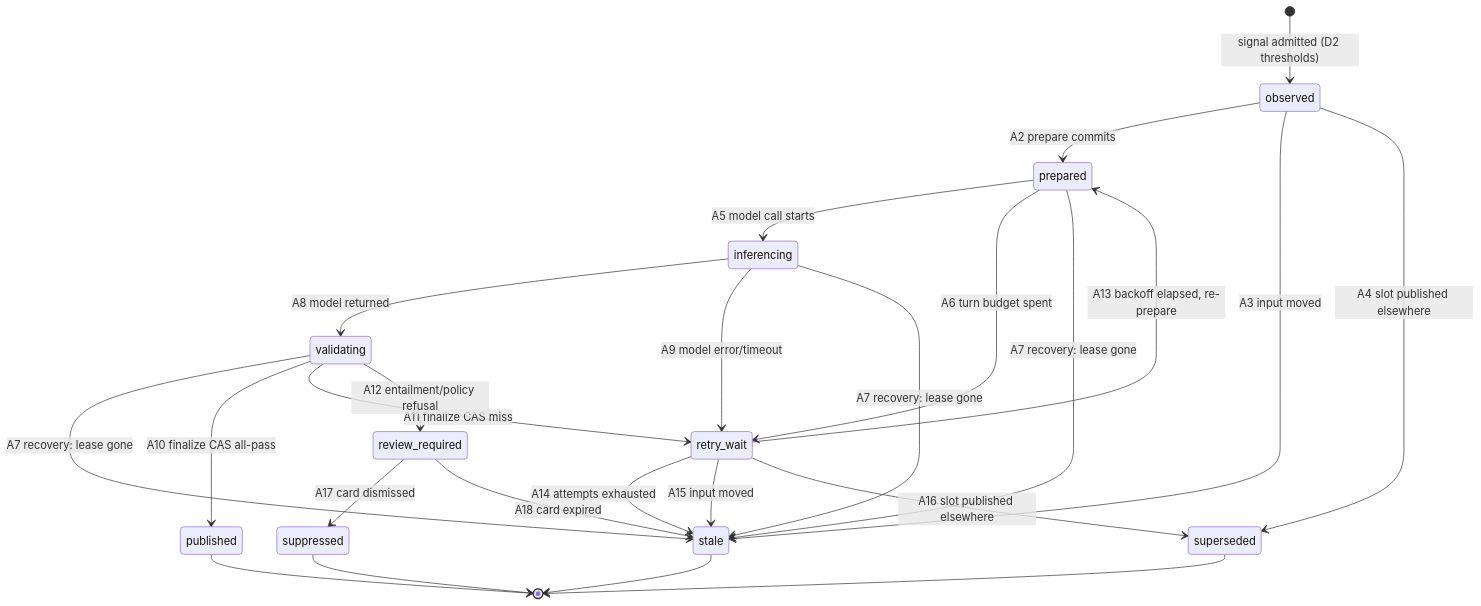
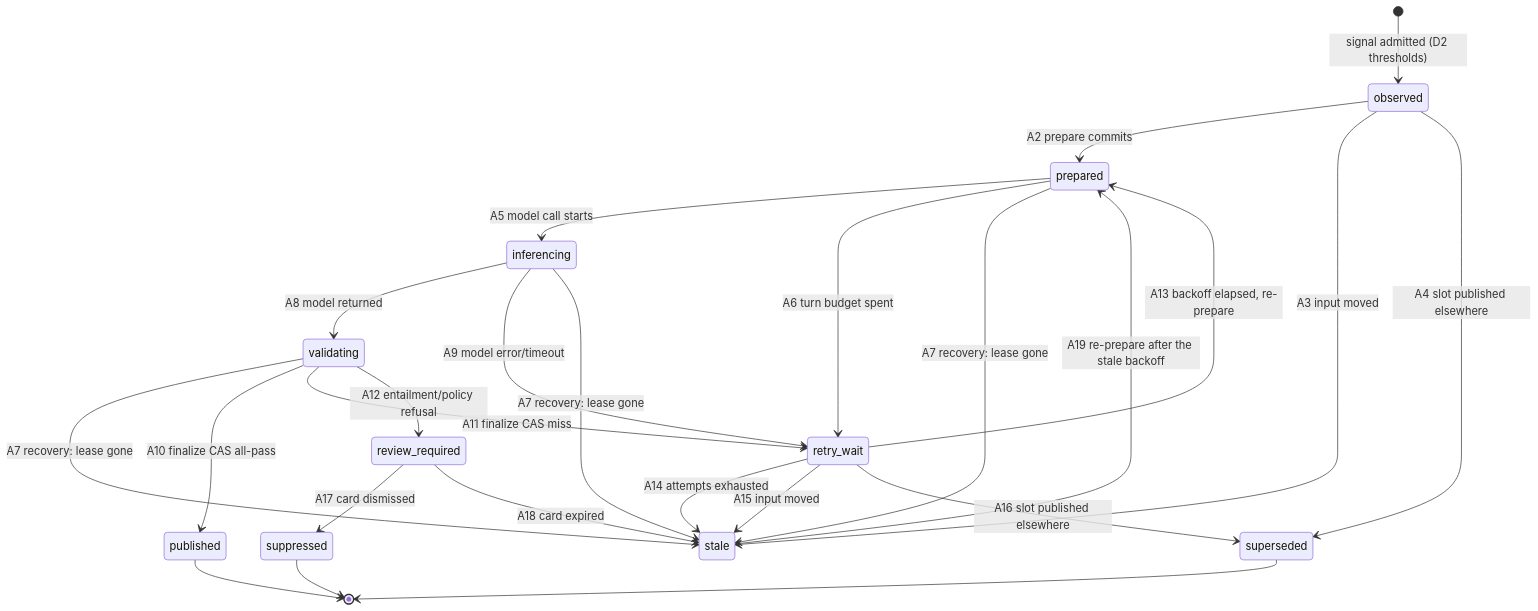
One commit to 7xuanlu/origin changed the first of 6 diagrams in docs/plans/2026-08-01-m6-state-machines.md. Above: the diagram before and after it, drawn with Mermaid. The commit also changed other lines of this file and 1 other file, not shown here.

````diff
--- a/docs/plans/2026-08-01-m6-state-machines.md
+++ b/docs/plans/2026-08-01-m6-state-machines.md
@@ -120,27 +125,27 @@
 ```mermaid
 stateDiagram-v2
     [*] --> observed: signal admitted (D2 thresholds)
     observed --> prepared: A2 prepare commits
     observed --> stale: A3 input moved
     observed --> superseded: A4 slot published elsewhere
     prepared --> inferencing: A5 model call starts
     prepared --> retry_wait: A6 turn budget spent
     prepared --> stale: A7 recovery: lease gone
     inferencing --> validating: A8 model returned
     inferencing --> retry_wait: A9 model error/timeout
     inferencing --> stale: A7 recovery: lease gone
     validating --> stale: A7 recovery: lease gone
     validating --> published: A10 finalize CAS all-pass
     validating --> retry_wait: A11 finalize CAS miss
     validating --> review_required: A12 entailment/policy refusal
     retry_wait --> prepared: A13 backoff elapsed, re-prepare
     retry_wait --> stale: A14 attempts exhausted
     retry_wait --> stale: A15 input moved
     retry_wait --> superseded: A16 slot published elsewhere
     review_required --> suppressed: A17 card dismissed
     review_required --> stale: A18 card expired
+    stale --> prepared: A19 re-prepare after the stale backoff
     suppressed --> [*]
-    stale --> [*]
     superseded --> [*]
     published --> [*]
 ```
````
